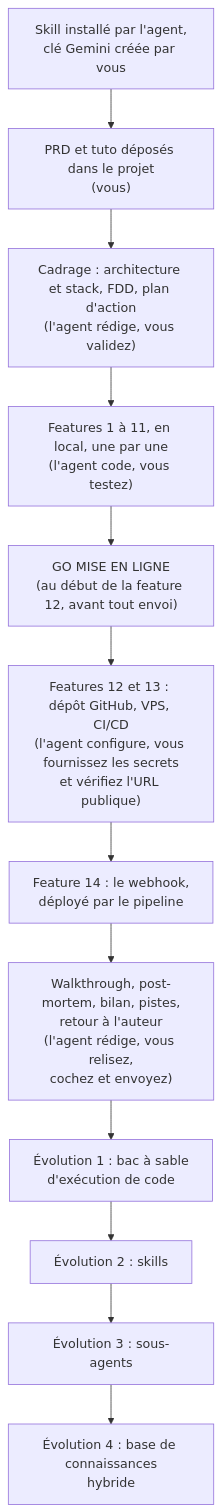
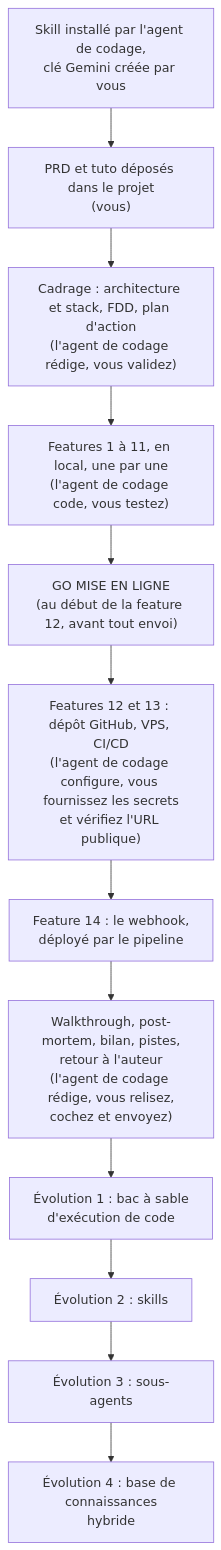
One commit to lecinquiemejour-code/goodvibe-tuto changed the fourth of 4 diagrams in README.md. Above: the diagram before and after it, drawn with Mermaid. The commit also changed other lines of this file, not shown here.

Commit message:
docs(readme): définition de l'agent IA (autonomie, déclencheurs, mémoire) avec schéma de synthèse ; « agent IA » et « agent de codage », jamais « agent » seul

````diff
--- a/README.md
+++ b/README.md
@@ -268,14 +286,14 @@
 ```mermaid
 flowchart TD
-    A["Skill installé par l'agent,<br/>clé Gemini créée par vous"] --> B["PRD et tuto déposés dans le projet<br/>(vous)"]
-    B --> C["Cadrage : architecture et stack, FDD, plan d'action<br/>(l'agent rédige, vous validez)"]
-    C --> D["Features 1 à 11, en local, une par une<br/>(l'agent code, vous testez)"]
+    A["Skill installé par l'agent de codage,<br/>clé Gemini créée par vous"] --> B["PRD et tuto déposés dans le projet<br/>(vous)"]
+    B --> C["Cadrage : architecture et stack, FDD, plan d'action<br/>(l'agent de codage rédige, vous validez)"]
+    C --> D["Features 1 à 11, en local, une par une<br/>(l'agent de codage code, vous testez)"]
     D --> F["GO MISE EN LIGNE<br/>(au début de la feature 12, avant tout envoi)"]
-    F --> E["Features 12 et 13 : dépôt GitHub, VPS, CI/CD<br/>(l'agent configure, vous fournissez les secrets<br/>et vérifiez l'URL publique)"]
+    F --> E["Features 12 et 13 : dépôt GitHub, VPS, CI/CD<br/>(l'agent de codage configure, vous fournissez les secrets<br/>et vérifiez l'URL publique)"]
     E --> F2["Feature 14 : le webhook,<br/>déployé par le pipeline"]
-    F2 --> G["Walkthrough, post-mortem, bilan, pistes,<br/>retour à l'auteur<br/>(l'agent rédige, vous relisez,<br/>cochez et envoyez)"]
+    F2 --> G["Walkthrough, post-mortem, bilan, pistes,<br/>retour à l'auteur<br/>(l'agent de codage rédige, vous relisez,<br/>cochez et envoyez)"]
     G --> H1["Évolution 1 : bac à sable<br/>d'exécution de code"]
     H1 --> H2["Évolution 2 : skills"]
     H2 --> H3["Évolution 3 : sous-agents"]
     H3 --> H4["Évolution 4 : base de connaissances<br/>hybride"]
 ```
````
